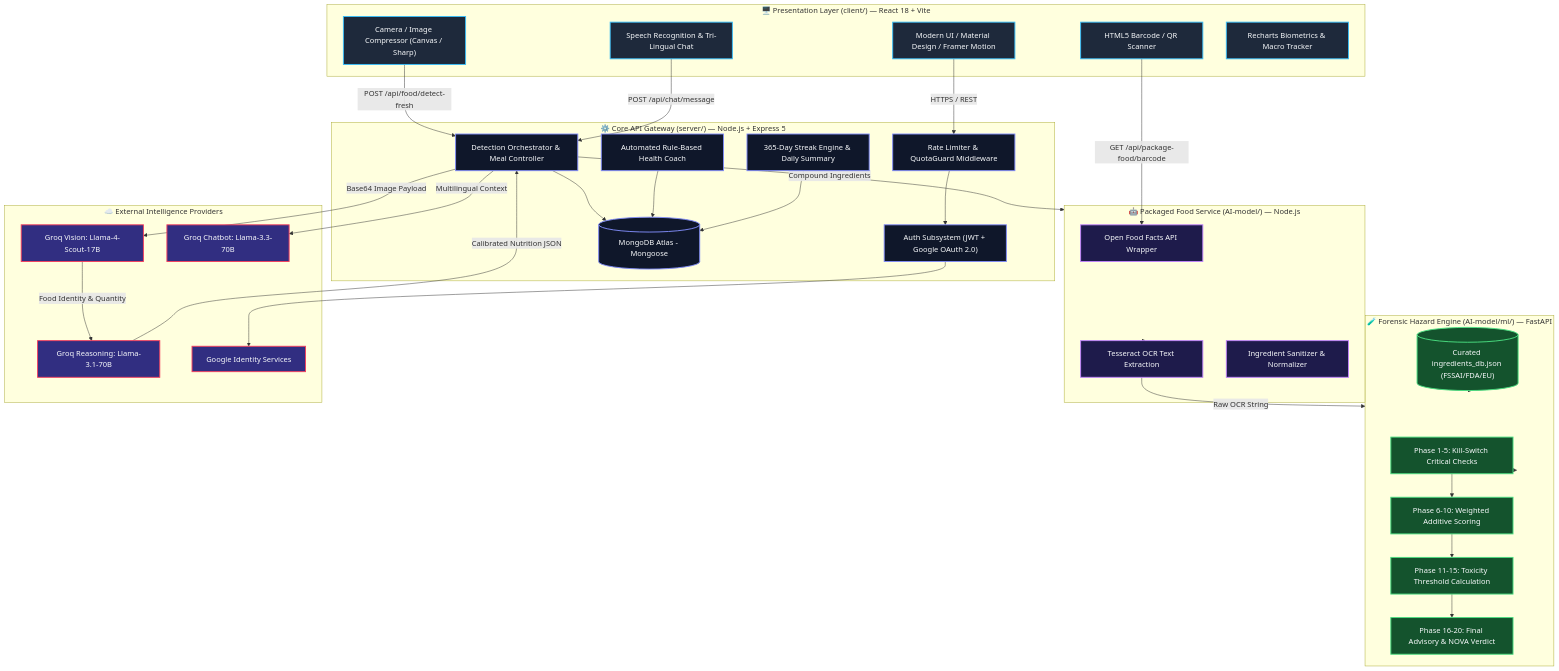
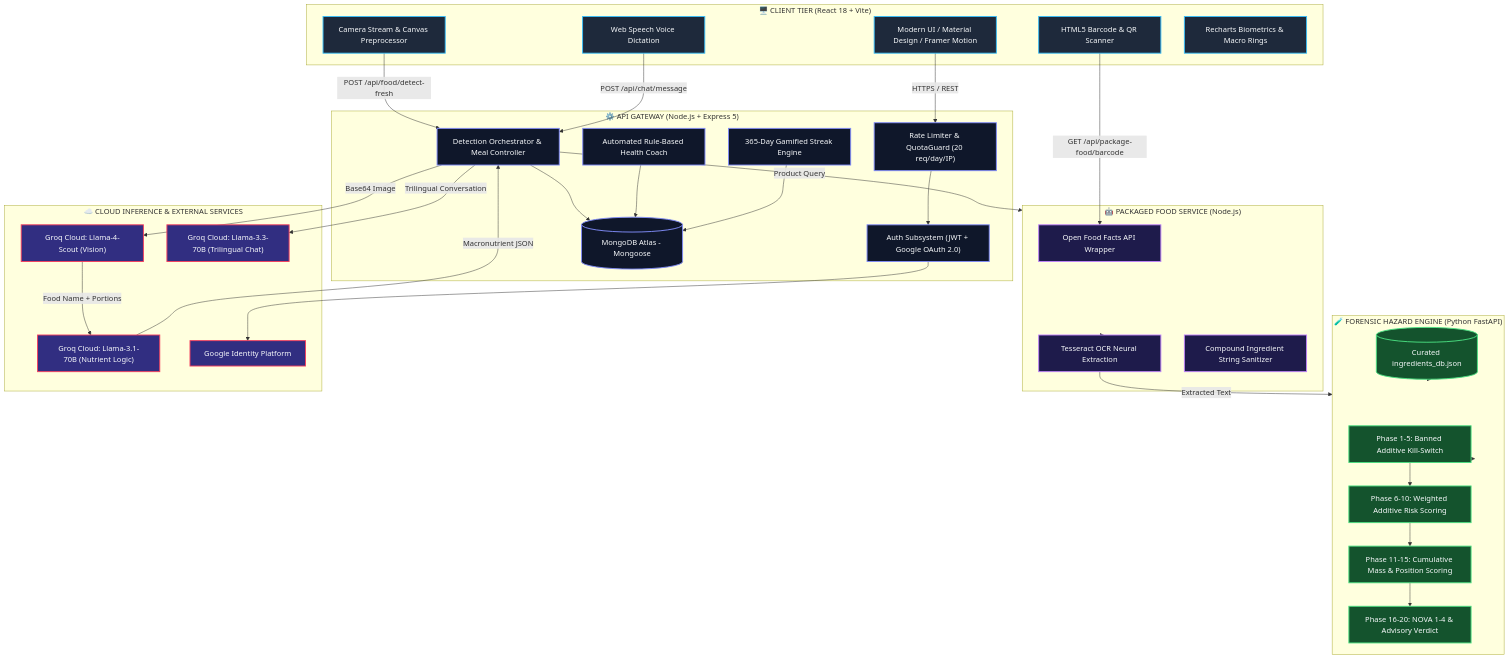
The diagram in README.md (akkiiop/Nutralyze), drawn with Mermaid before and after one commit. The commit also changed other lines of this file and 2 other files, not shown here.

Commit message:
style: ultra-modern README redesign with dynamic animated banners, bento layout, and logo

````diff
--- a/README.md
+++ b/README.md
@@ -159,70 +166,70 @@
 ```mermaid
 graph TB
-    %% Styling
-    classDef client fill:#1E293B,stroke:#38BDF8,stroke-width:2px,color:#F8FAFC;
-    classDef server fill:#0F172A,stroke:#818CF8,stroke-width:2px,color:#F8FAFC;
-    classDef aimodel fill:#1E1B4B,stroke:#C084FC,stroke-width:2px,color:#F8FAFC;
-    classDef python fill:#14532D,stroke:#4ADE80,stroke-width:2px,color:#F8FAFC;
-    classDef external fill:#312E81,stroke:#F43F5E,stroke-width:2px,color:#F8FAFC;
+    %% STYLING
+    classDef clientStyle fill:#1E293B,stroke:#38BDF8,stroke-width:2px,color:#F8FAFC;
+    classDef serverStyle fill:#0F172A,stroke:#818CF8,stroke-width:2px,color:#F8FAFC;
+    classDef aimodelStyle fill:#1E1B4B,stroke:#C084FC,stroke-width:2px,color:#F8FAFC;
+    classDef pythonStyle fill:#14532D,stroke:#4ADE80,stroke-width:2px,color:#F8FAFC;
+    classDef cloudStyle fill:#312E81,stroke:#F43F5E,stroke-width:2px,color:#F8FAFC;
 
-    subgraph Client["🖥️ Presentation Layer (client/) — React 18 + Vite"]
-        UI["Modern UI / Material Design / Framer Motion"]:::client
-        CAM["Camera / Image Compressor (Canvas / Sharp)"]:::client
-        BAR["HTML5 Barcode / QR Scanner"]:::client
-        VOICE["Speech Recognition & Tri-Lingual Chat"]:::client
-        CHARTS["Recharts Biometrics & Macro Tracker"]:::client
+    subgraph Client["🖥️ CLIENT TIER (React 18 + Vite)"]
+        UI["Modern UI / Material Design / Framer Motion"]:::clientStyle
+        CAM["Camera Stream & Canvas Preprocessor"]:::clientStyle
+        BAR["HTML5 Barcode & QR Scanner"]:::clientStyle
+        SPEECH["Web Speech Voice Dictation"]:::clientStyle
+        CHARTS["Recharts Biometrics & Macro Rings"]:::clientStyle
     end
 
-    subgraph Server["⚙️ Core API Gateway (server/) — Node.js + Express 5"]
-        AUTH["Auth Subsystem (JWT + Google OAuth 2.0)"]:::server
-        GATE["Rate Limiter & QuotaGuard Middleware"]:::server
-        ORCH["Detection Orchestrator & Meal Controller"]:::server
-        COACH["Automated Rule-Based Health Coach"]:::server
-        STREAK["365-Day Streak Engine & Daily Summary"]:::server
-        DB[(MongoDB Atlas - Mongoose)]:::server
+    subgraph Gateway["⚙️ API GATEWAY (Node.js + Express 5)"]
+        AUTH["Auth Subsystem (JWT + Google OAuth 2.0)"]:::serverStyle
+        RATE["Rate Limiter & QuotaGuard (20 req/day/IP)"]:::serverStyle
+        ORCH["Detection Orchestrator & Meal Controller"]:::serverStyle
+        COACH["Automated Rule-Based Health Coach"]:::serverStyle
+        STREAK["365-Day Gamified Streak Engine"]:::serverStyle
+        DB[(MongoDB Atlas - Mongoose)]:::serverStyle
     end
 
-    subgraph AI_Node["🤖 Packaged Food Service (AI-model/) — Node.js"]
-        OFF["Open Food Facts API Wrapper"]:::aimodel
-        TESS["Tesseract OCR Text Extraction"]:::aimodel
-        NORM["Ingredient Sanitizer & Normalizer"]:::aimodel
+    subgraph AI_Node["🤖 PACKAGED FOOD SERVICE (Node.js)"]
+        OFF["Open Food Facts API Wrapper"]:::aimodelStyle
+        TESS["Tesseract OCR Neural Extraction"]:::aimodelStyle
+        CLEAN["Compound Ingredient String Sanitizer"]:::aimodelStyle
     end
 
-    subgraph AI_Python["🧪 Forensic Hazard Engine (AI-model/ml/) — FastAPI"]
-        KILL["Phase 1-5: Kill-Switch Critical Checks"]:::python
-        WEIGHT["Phase 6-10: Weighted Additive Scoring"]:::python
-        TOX["Phase 11-15: Toxicity Threshold Calculation"]:::python
-        VERD["Phase 16-20: Final Advisory & NOVA Verdict"]:::python
-        DB_JSON[("Curated ingredients_db.json (FSSAI/FDA/EU)")]:::python
+    subgraph AI_Python["🧪 FORENSIC HAZARD ENGINE (Python FastAPI)"]
+        K1["Phase 1-5: Banned Additive Kill-Switch"]:::pythonStyle
+        K2["Phase 6-10: Weighted Additive Risk Scoring"]:::pythonStyle
+        K3["Phase 11-15: Cumulative Mass & Position Scoring"]:::pythonStyle
+        K4["Phase 16-20: NOVA 1-4 & Advisory Verdict"]:::pythonStyle
+        DB_JSON[("Curated ingredients_db.json")]:::pythonStyle
     end
 
-    subgraph Cloud["☁️ External Intelligence Providers"]
-        GROQ_VIS["Groq Vision: Llama-4-Scout-17B"]:::external
-        GROQ_LLM["Groq Reasoning: Llama-3.1-70B"]:::external
-        GROQ_CHAT["Groq Chatbot: Llama-3.3-70B"]:::external
-        GOOGLE_AUTH["Google Identity Services"]:::external
+    subgraph Cloud["☁️ CLOUD INFERENCE & EXTERNAL SERVICES"]
+        GROQ_V["Groq Cloud: Llama-4-Scout (Vision)"]:::cloudStyle
+        GROQ_R["Groq Cloud: Llama-3.1-70B (Nutrient Logic)"]:::cloudStyle
+        GROQ_C["Groq Cloud: Llama-3.3-70B (Trilingual Chat)"]:::cloudStyle
+        G_AUTH["Google Identity Platform"]:::cloudStyle
     end
 
-    %% Interactions
-    UI -->|HTTPS / REST| GATE
+    %% DATA FLOWS
+    UI -->|HTTPS / REST| RATE
     CAM -->|POST /api/food/detect-fresh| ORCH
     BAR -->|GET /api/package-food/barcode| OFF
-    VOICE -->|POST /api/chat/message| ORCH
+    SPEECH -->|POST /api/chat/message| ORCH
 
-    GATE --> AUTH
-    AUTH --> GOOGLE_AUTH
+    RATE --> AUTH
+    AUTH --> G_AUTH
     ORCH --> DB
     COACH --> DB
     STREAK --> DB
 
-    ORCH -->|Base64 Image Payload| GROQ_VIS
-    GROQ_VIS -->|Food Identity & Quantity| GROQ_LLM
-    GROQ_LLM -->|Calibrated Nutrition JSON| ORCH
+    ORCH -->|Base64 Image| GROQ_V
+    GROQ_V -->|Food Name + Portions| GROQ_R
+    GROQ_R -->|Macronutrient JSON| ORCH
 
-    ORCH -->|Compound Ingredients| AI_Node
+    ORCH -->|Product Query| AI_Node
     AI_Node --> TESS
-    TESS -->|Raw OCR String| AI_Python
-    AI_Python --> KILL --> WEIGHT --> TOX --> VERD
+    TESS -->|Extracted Text| AI_Python
+    AI_Python --> K1 --> K2 --> K3 --> K4
     DB_JSON --> AI_Python
-    ORCH -->|Multilingual Context| GROQ_CHAT
+    ORCH -->|Trilingual Conversation| GROQ_C
 ```
````
